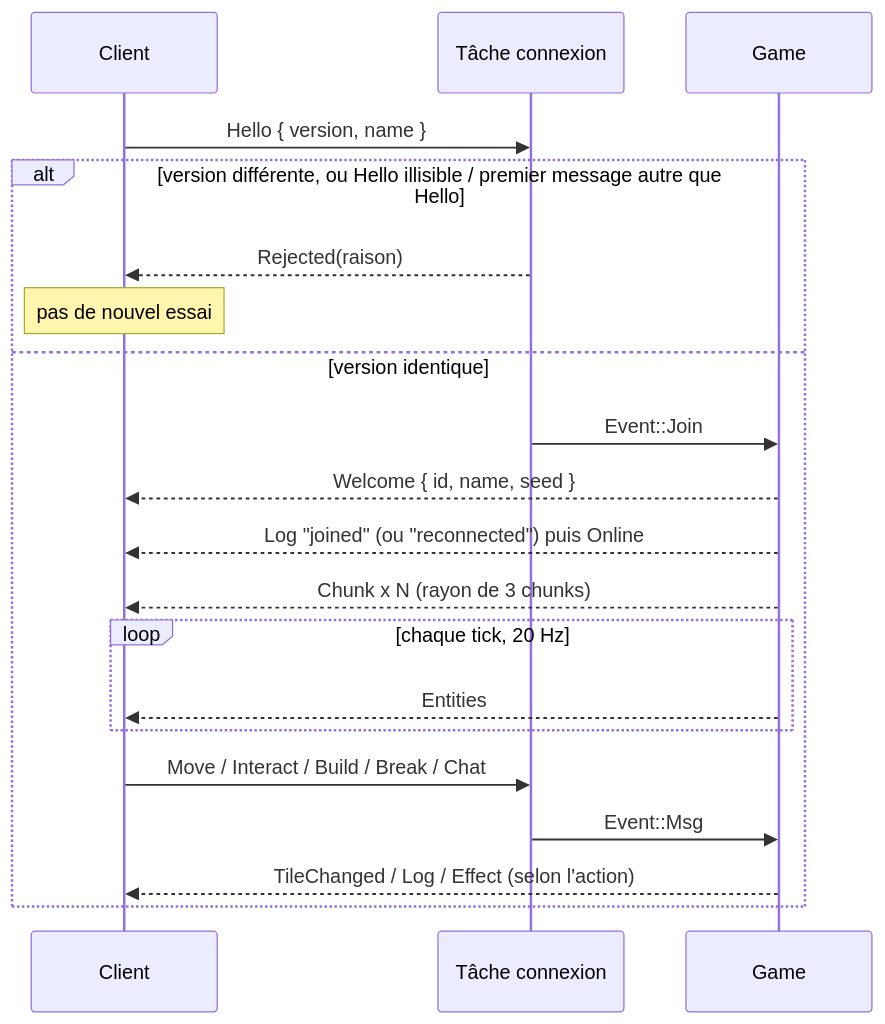
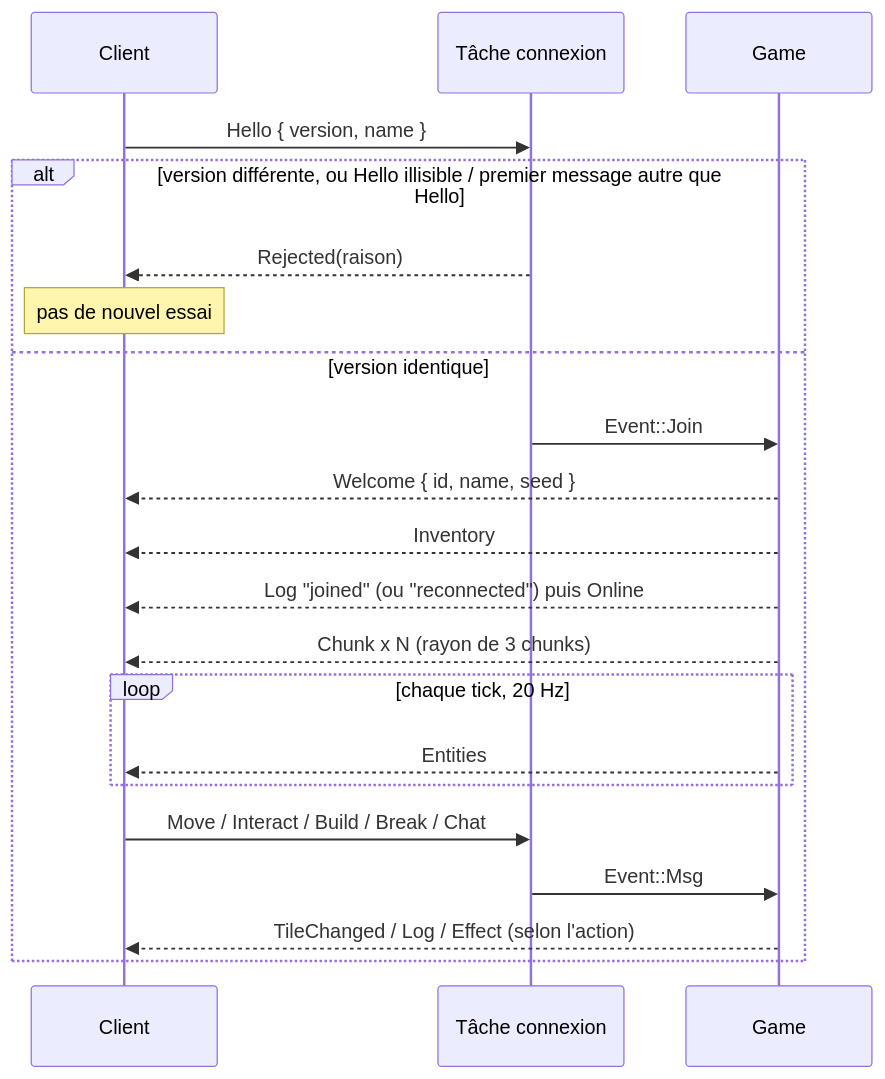
The diagram in docs/project-specific-docs/console-rust-game-idk/carto-protocole.md (SuperKiment/console-rust-game-idk), drawn with Mermaid before and after one commit. The commit also changed other lines of this file and 3 other files, not shown here.

````diff
--- a/docs/project-specific-docs/console-rust-game-idk/carto-protocole.md
+++ b/docs/project-specific-docs/console-rust-game-idk/carto-protocole.md
@@ -48,22 +49,23 @@
 ```mermaid
 sequenceDiagram
     participant C as Client
     participant N as Tâche connexion
     participant G as Game
     C->>N: Hello { version, name }
     alt version différente, ou Hello illisible / premier message autre que Hello
         N-->>C: Rejected(raison)
         Note over C: pas de nouvel essai
     else version identique
         N->>G: Event::Join
         G-->>C: Welcome { id, name, seed }
+        G-->>C: Inventory
         G-->>C: Log "joined" (ou "reconnected") puis Online
         G-->>C: Chunk x N (rayon de 3 chunks)
         loop chaque tick, 20 Hz
             G-->>C: Entities
         end
         C->>N: Move / Interact / Build / Break / Chat
         N->>G: Event::Msg
         G-->>C: TileChanged / Log / Effect (selon l'action)
     end
 ```
````
